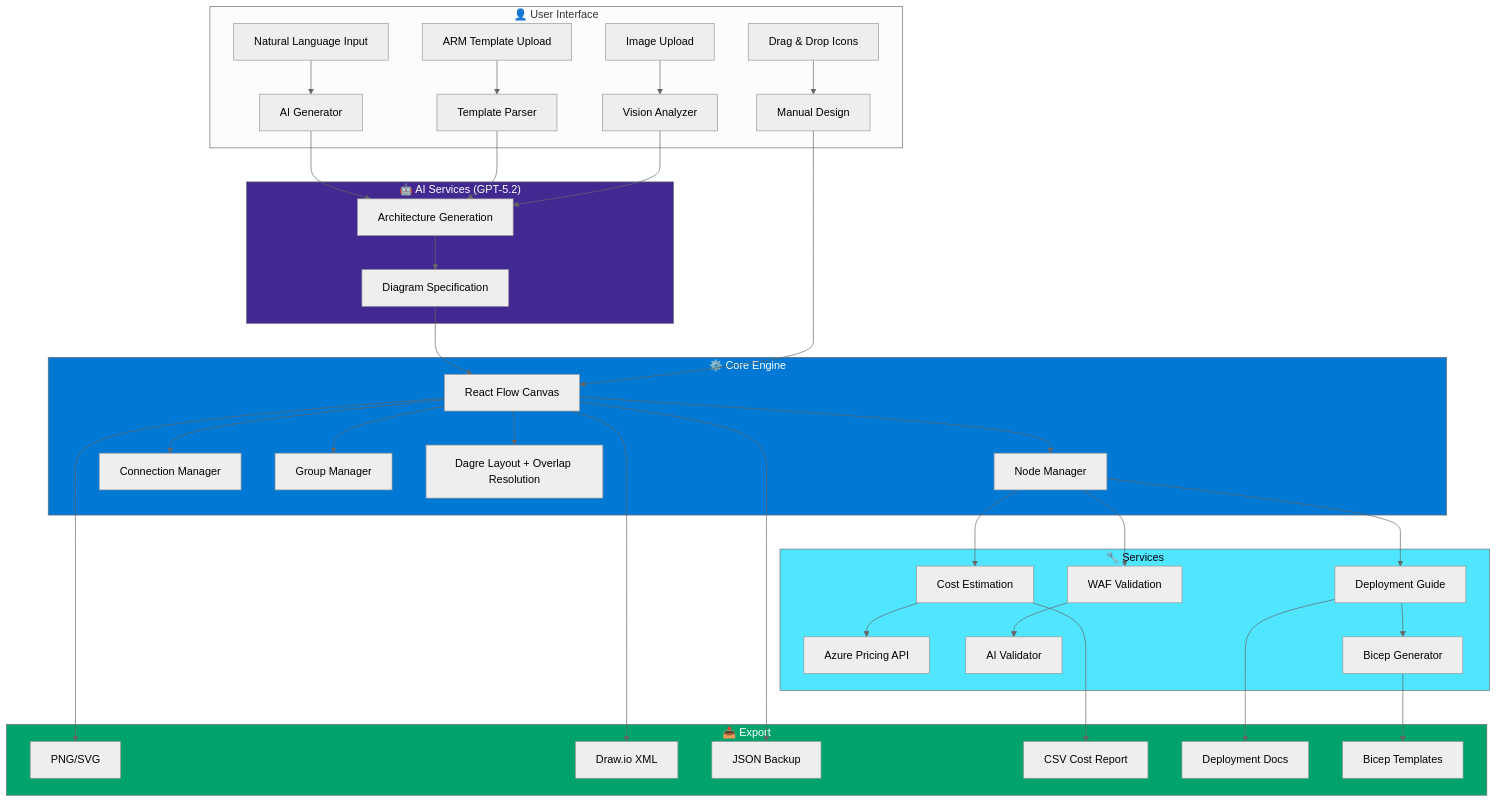
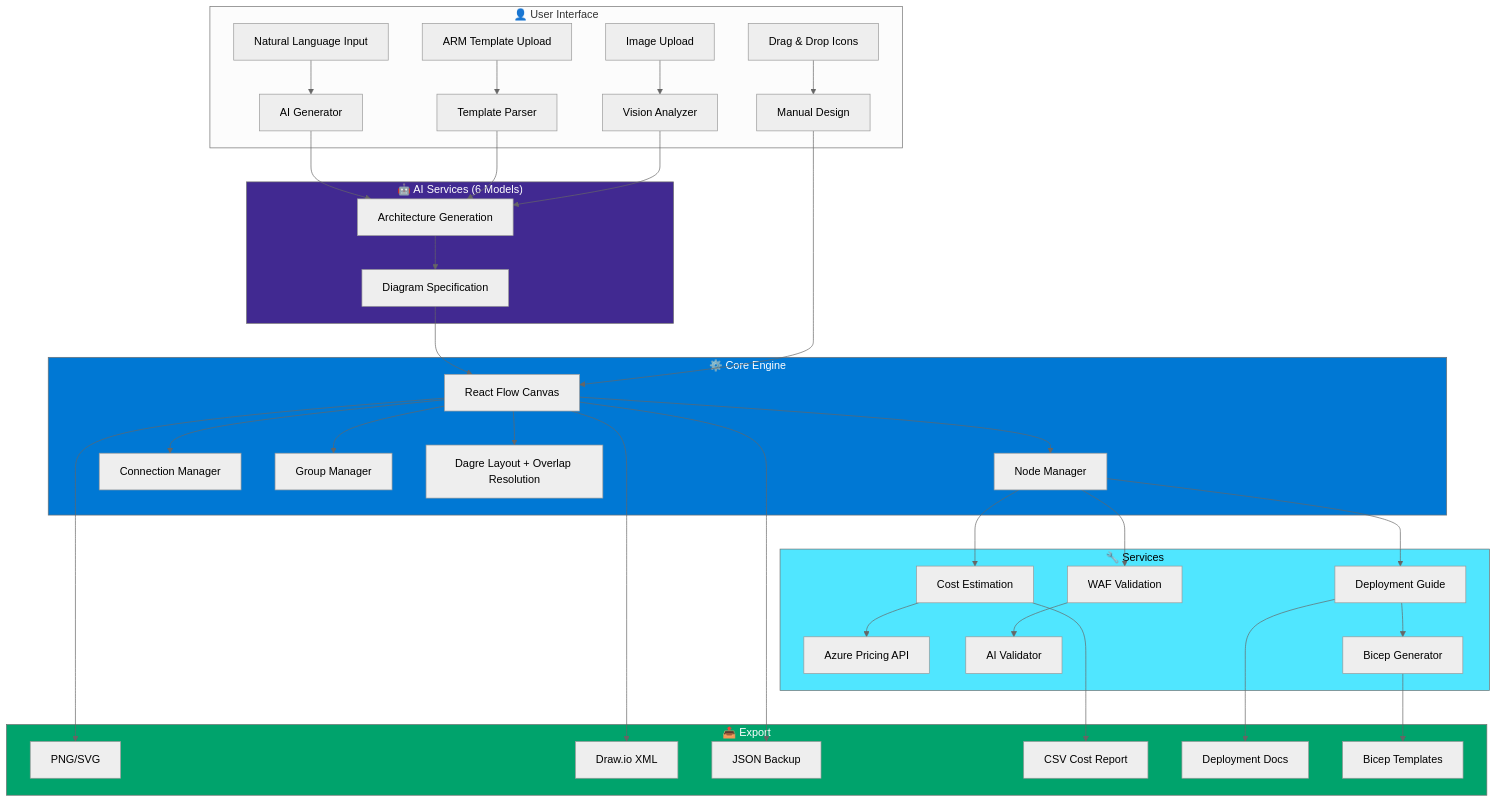
One commit to Arturo-Quiroga-MSFT/azure-architecture-diagram-builder changed the first of 3 diagrams in README.md. Above: the diagram before and after it, drawn with Mermaid (neutral theme). The commit also changed other lines of this file, not shown here.

````diff
--- a/README.md
+++ b/README.md
@@ -148,48 +162,48 @@
 ```mermaid
 flowchart TD
     subgraph User["👤 User Interface"]
         A[Natural Language Input] --> B[AI Generator]
         C[ARM Template Upload] --> D[Template Parser]
         E[Drag & Drop Icons] --> F[Manual Design]
         G[Image Upload] --> H[Vision Analyzer]
     end
 
-    subgraph AI["🤖 AI Services (GPT-5.2)"]
+    subgraph AI["🤖 AI Services (6 Models)"]
         B --> I[Architecture Generation]
         D --> I
         H --> I
         I --> J[Diagram Specification]
     end
 
     subgraph Core["⚙️ Core Engine"]
         J --> K[React Flow Canvas]
         F --> K
         K --> L[Node Manager]
         K --> M[Connection Manager]
         K --> N[Group Manager]
         K --> O[Dagre Layout + Overlap Resolution]
     end
 
     subgraph Services["🔧 Services"]
         L --> P[Cost Estimation]
         L --> Q[WAF Validation]
         L --> R[Deployment Guide]
         P --> S[Azure Pricing API]
         Q --> T[AI Validator]
         R --> U[Bicep Generator]
     end
 
     subgraph Export["📤 Export"]
         K --> V[PNG/SVG]
         K --> W[Draw.io XML]
         K --> X[JSON Backup]
         P --> Y[CSV Cost Report]
         R --> Z[Deployment Docs]
         U --> AA[Bicep Templates]
     end
 
     style AI fill:#412991,color:#fff
     style Core fill:#0078D4,color:#fff
     style Services fill:#50E6FF,color:#000
     style Export fill:#00A36C,color:#fff
 ```
````
